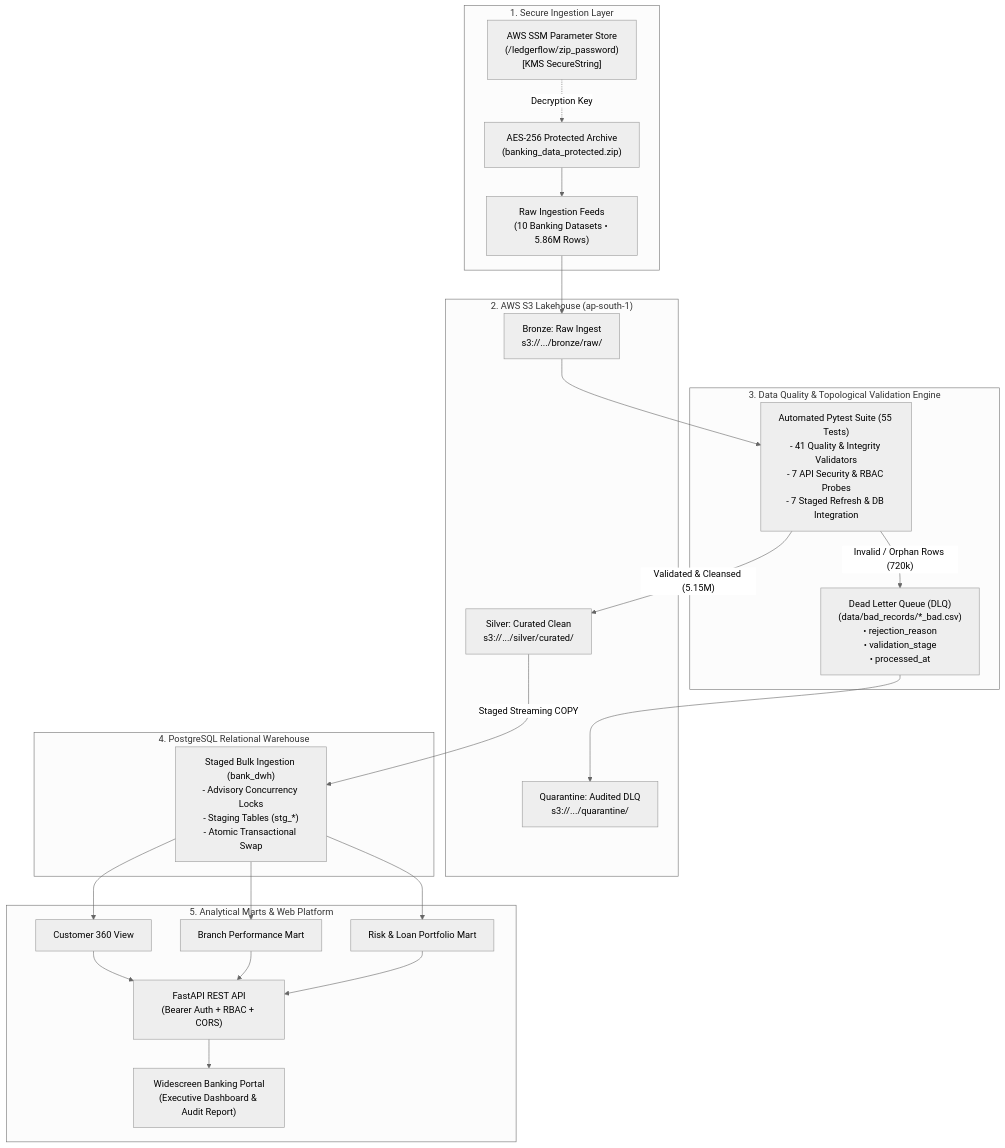
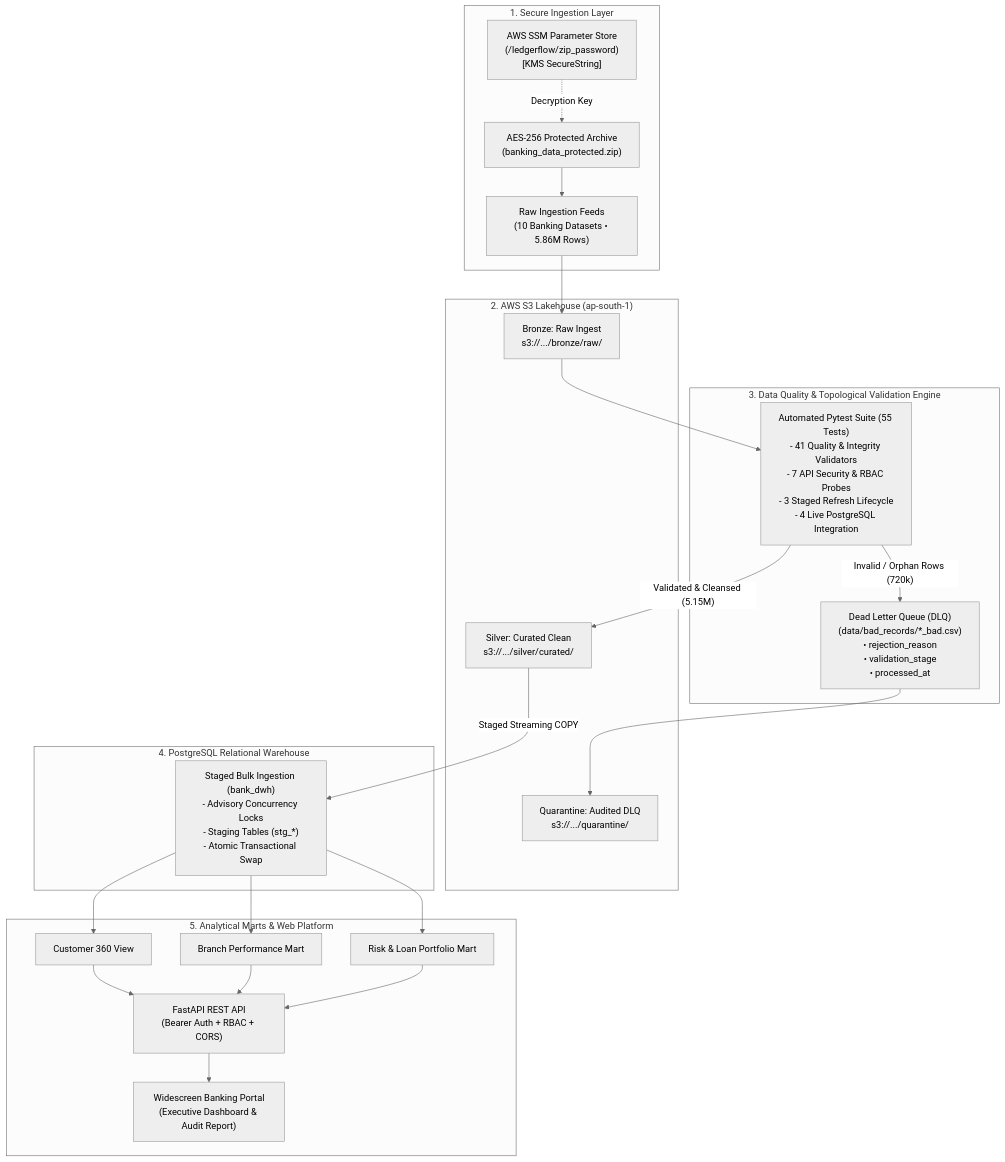
The diagram in README.md (Spidey173/LedgerFlow), drawn with Mermaid (neutral theme) before and after one commit.

Commit message:
docs: align architecture diagram test breakdown with 55 tests (41+7+3+4)

````diff
--- a/README.md
+++ b/README.md
@@ -44,43 +44,43 @@
 ```mermaid
 flowchart TD
     subgraph Ingestion["1. Secure Ingestion Layer"]
         ZIP["AES-256 Protected Archive\n(banking_data_protected.zip)"]
         SSM["AWS SSM Parameter Store\n(/ledgerflow/zip_password)\n[KMS SecureString]"]
         RAW["Raw Ingestion Feeds\n(10 Banking Datasets • 5.86M Rows)"]
         SSM -.->|Decryption Key| ZIP
         ZIP --> RAW
     end
 
     subgraph Lakehouse["2. AWS S3 Lakehouse (ap-south-1)"]
         S3B["Bronze: Raw Ingest\ns3://.../bronze/raw/"]
         S3S["Silver: Curated Clean\ns3://.../silver/curated/"]
         S3Q["Quarantine: Audited DLQ\ns3://.../quarantine/"]
     end
 
     subgraph Validation["3. Data Quality & Topological Validation Engine"]
-        VAL["Automated Pytest Suite (55 Tests)\n- 41 Quality & Integrity Validators\n- 7 API Security & RBAC Probes\n- 7 Staged Refresh & DB Integration"]
+        VAL["Automated Pytest Suite (55 Tests)\n- 41 Quality & Integrity Validators\n- 7 API Security & RBAC Probes\n- 3 Staged Refresh Lifecycle\n- 4 Live PostgreSQL Integration"]
         DLQ["Dead Letter Queue (DLQ)\n(data/bad_records/*_bad.csv)\n• rejection_reason\n• validation_stage\n• processed_at"]
     end
 
     subgraph Warehouse["4. PostgreSQL Relational Warehouse"]
         PG["Staged Bulk Ingestion (bank_dwh)\n- Advisory Concurrency Locks\n- Staging Tables (stg_*)\n- Atomic Transactional Swap"]
     end
 
     subgraph Serving["5. Analytical Marts & Web Platform"]
         M1["Customer 360 View"]
         M2["Branch Performance Mart"]
         M3["Risk & Loan Portfolio Mart"]
         API["FastAPI REST API\n(Bearer Auth + RBAC + CORS)"]
         WEB["Widescreen Banking Portal\n(Executive Dashboard & Audit Report)"]
     end
 
     RAW --> S3B
     S3B --> VAL
     VAL -- "Invalid / Orphan Rows (720k)" --> DLQ
     DLQ --> S3Q
     VAL -- "Validated & Cleansed (5.15M)" --> S3S
     S3S -->|Staged Streaming COPY| PG
     PG --> M1 & M2 & M3
     M1 & M2 & M3 --> API
     API --> WEB
 ```
````
